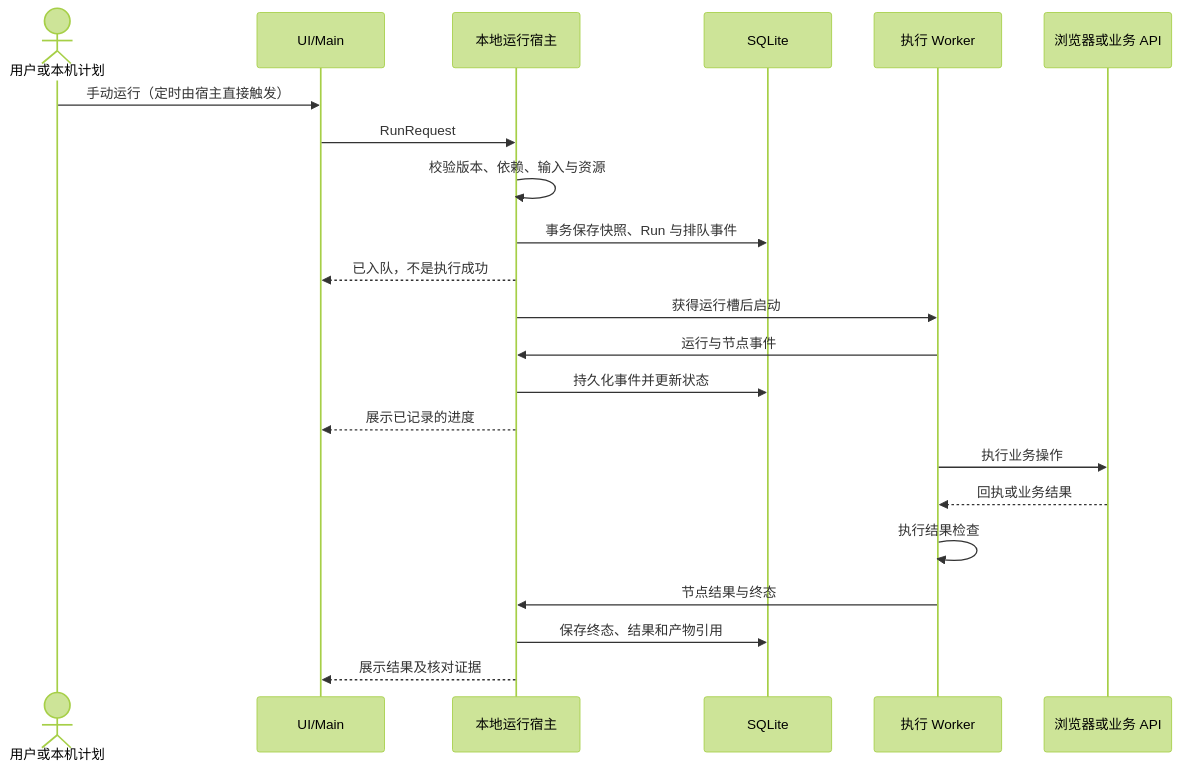
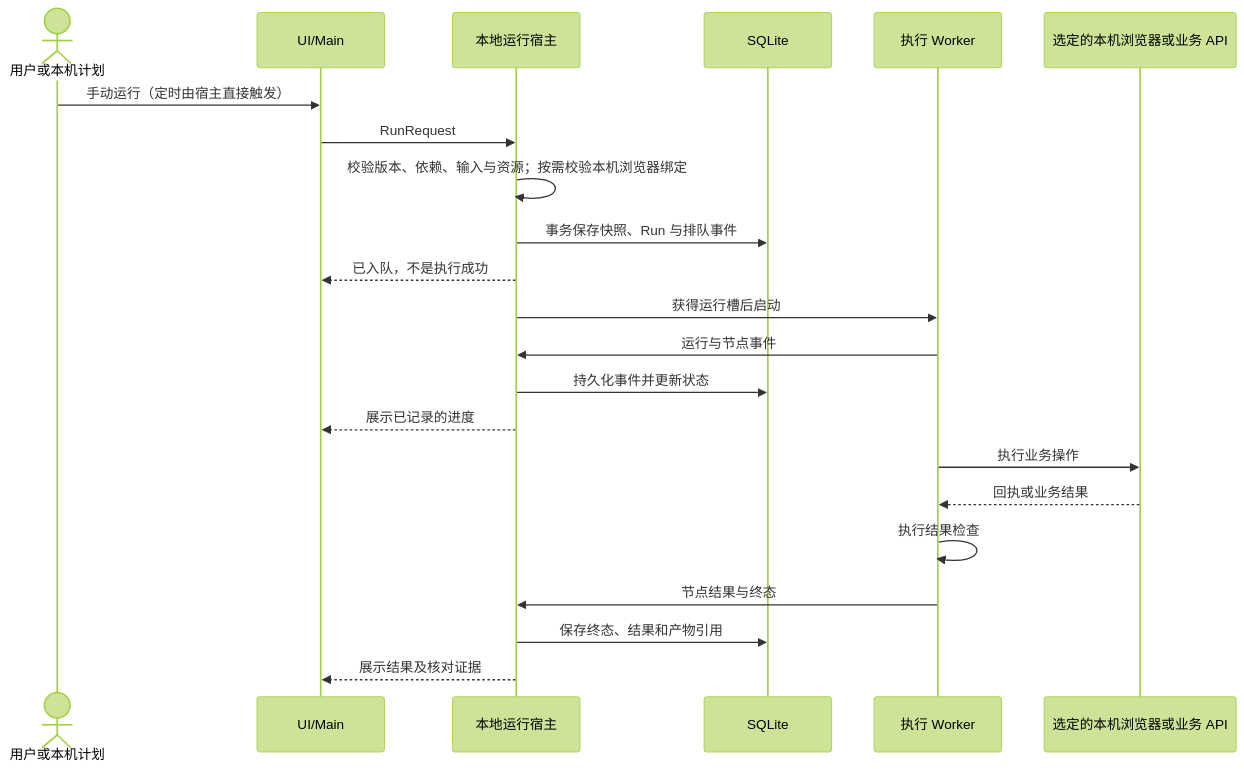
The third of 5 diagrams in docs/architecture.md (zhongmiao-org/flow-ark), drawn with Mermaid (forest theme) before and after one commit. The commit also changed other lines of this file and 4 other files, not shown here.

````diff
--- a/docs/architecture.md
+++ b/docs/architecture.md
@@ -139,24 +167,24 @@
 ```mermaid
 sequenceDiagram
     actor U as 用户或本机计划
     participant UI as UI/Main
     participant H as 本地运行宿主
     participant D as SQLite
     participant W as 执行 Worker
-    participant B as 浏览器或业务 API
+    participant B as 选定的本机浏览器或业务 API
     U->>UI: 手动运行（定时由宿主直接触发）
     UI->>H: RunRequest
-    H->>H: 校验版本、依赖、输入与资源
+    H->>H: 校验版本、依赖、输入与资源；按需校验本机浏览器绑定
     H->>D: 事务保存快照、Run 与排队事件
     H-->>UI: 已入队，不是执行成功
     H->>W: 获得运行槽后启动
     W->>H: 运行与节点事件
     H->>D: 持久化事件并更新状态
     H-->>UI: 展示已记录的进度
     W->>B: 执行业务操作
     B-->>W: 回执或业务结果
     W->>W: 执行结果检查
     W->>H: 节点结果与终态
     H->>D: 保存终态、结果和产物引用
     H-->>UI: 展示结果及核对证据
 ```
````
